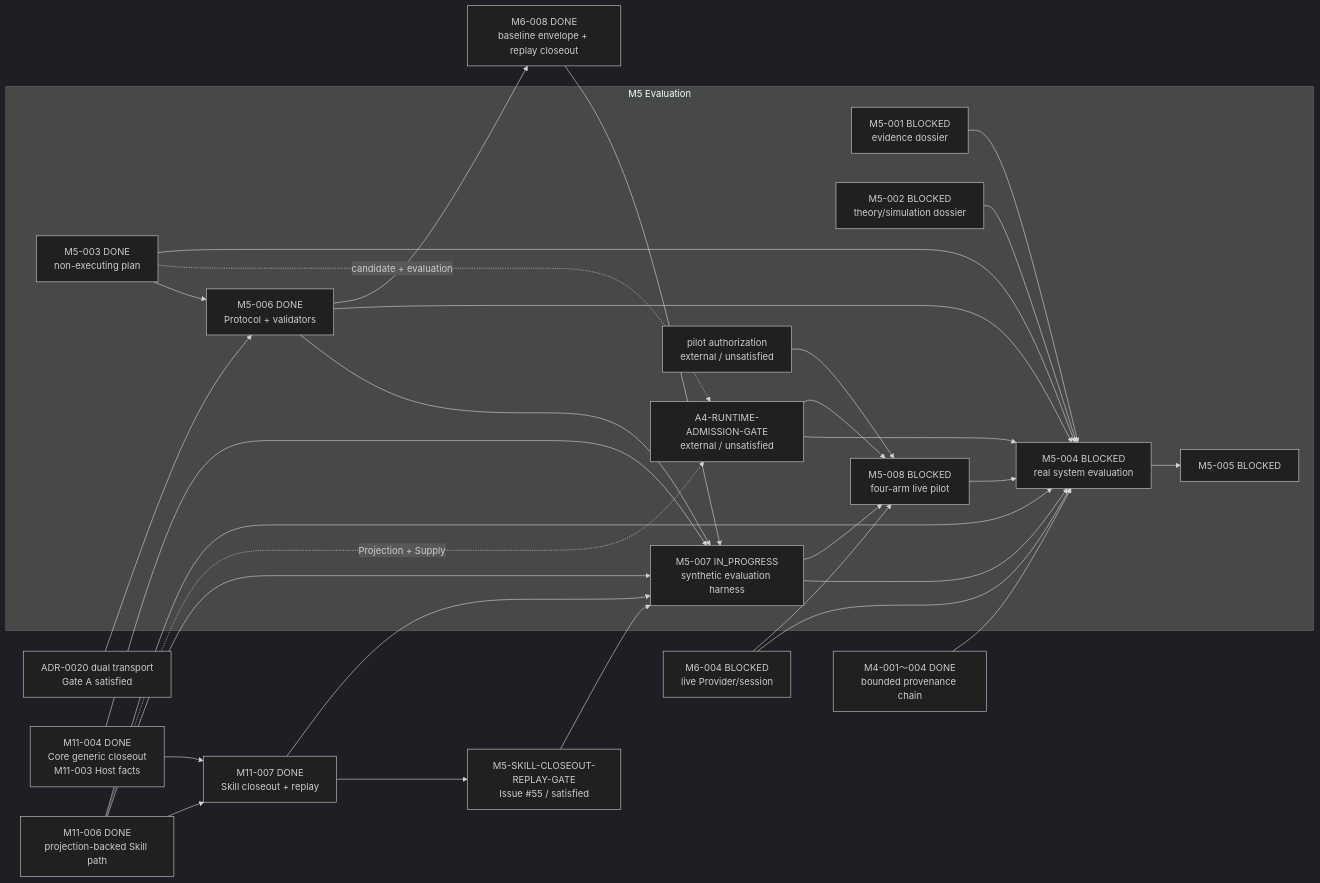
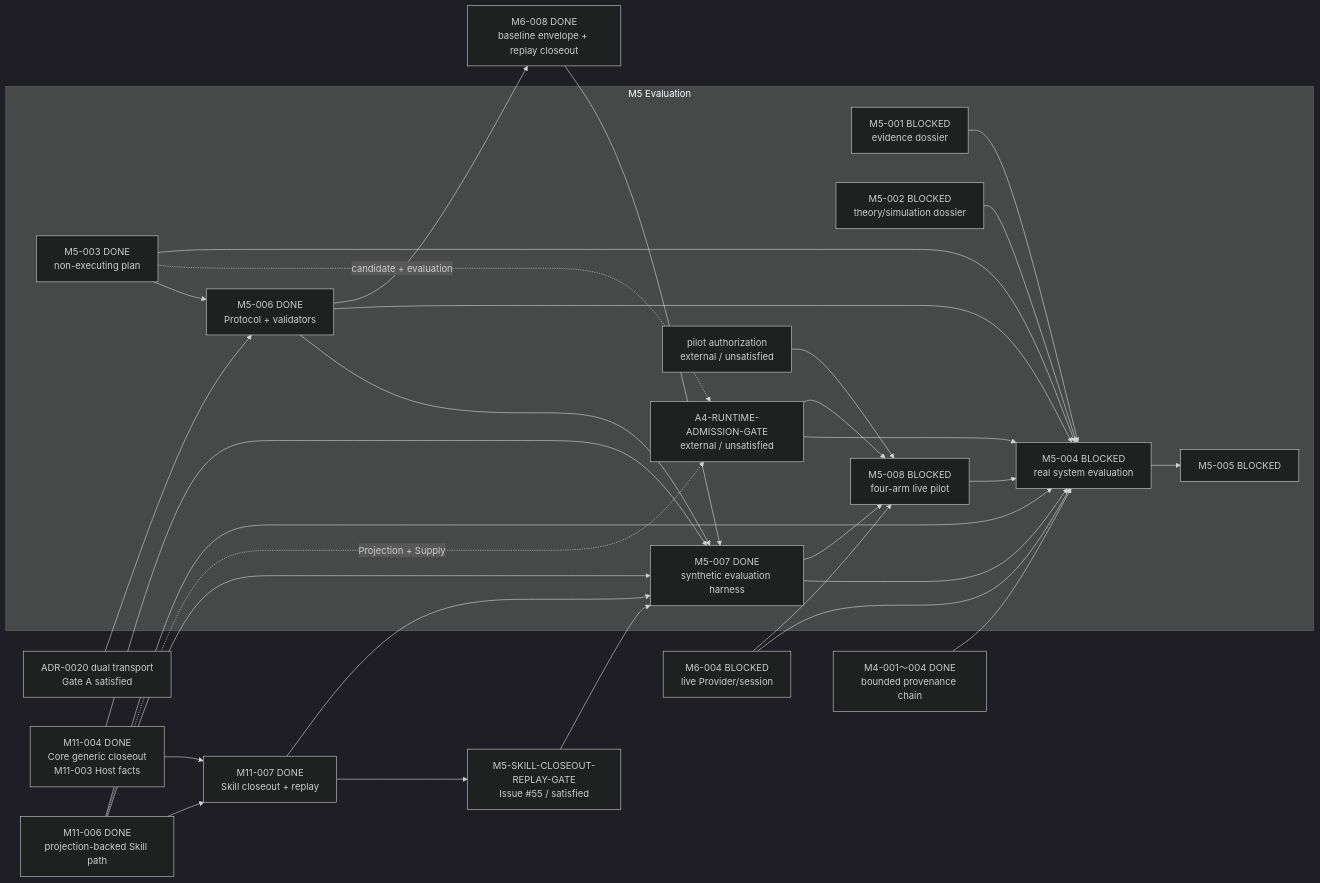
Before and after one commit to Chengyue-Lu/research-agent-workbench: the third of 5 diagrams in docs/M_SERIES_IMPLEMENTATION_MAP.md, drawn with Mermaid (dark theme). The commit also changed other lines of this file and 15 other files, not shown here.

````diff
--- a/docs/M_SERIES_IMPLEMENTATION_MAP.md
+++ b/docs/M_SERIES_IMPLEMENTATION_MAP.md
@@ -99,35 +99,35 @@
 ```mermaid
 flowchart LR
     subgraph M5["M5 Evaluation"]
         M5001["M5-001 BLOCKED<br/>evidence dossier"] --> M5004["M5-004 BLOCKED<br/>real system evaluation"]
         M5002["M5-002 BLOCKED<br/>theory/simulation dossier"] --> M5004
         M5003["M5-003 DONE<br/>non-executing plan"] --> M5006["M5-006 DONE<br/>Protocol + validators"]
-        M5006 --> M5007["M5-007 IN_PROGRESS<br/>synthetic evaluation harness"]
+        M5006 --> M5007["M5-007 DONE<br/>synthetic evaluation harness"]
         M5003 -. "candidate + evaluation" .-> A4G["A4-RUNTIME-ADMISSION-GATE<br/>external / unsatisfied"]
         A4G --> M5004
         M5003 --> M5004
         M5006 --> M5004
         M5007 --> M5004
         M5007 --> M5008["M5-008 BLOCKED<br/>four-arm live pilot"]
         A4G --> M5008
         PG["pilot authorization<br/>external / unsatisfied"] --> M5008
         M5008 --> M5004
         M5004 --> M5005["M5-005 BLOCKED"]
     end
 
     M4Done["M4-001～004 DONE<br/>bounded provenance chain"] --> M5004
     BTG["ADR-0020 dual transport<br/>Gate A satisfied"] --> M5006
     M5006 --> M6008["M6-008 DONE<br/>baseline envelope + replay closeout"]
     M6008 --> M5007
     M1104["M11-004 DONE<br/>Core generic closeout<br/>M11-003 Host facts"] --> M5007
     M1106["M11-006 DONE<br/>projection-backed Skill path"] --> M5007
     M1104 --> M1107["M11-007 DONE<br/>Skill closeout + replay"]
     M1106 --> M1107
     M1107 --> M5007
     M1107 --> SCG
     SCG["M5-SKILL-CLOSEOUT-REPLAY-GATE<br/>Issue #55 / satisfied"] --> M5007
     M1106 -. "Projection + Supply" .-> A4G
     M1106 --> M5004
     M6004["M6-004 BLOCKED<br/>live Provider/session"] --> M5004
     M6004 --> M5008
 ```
````
